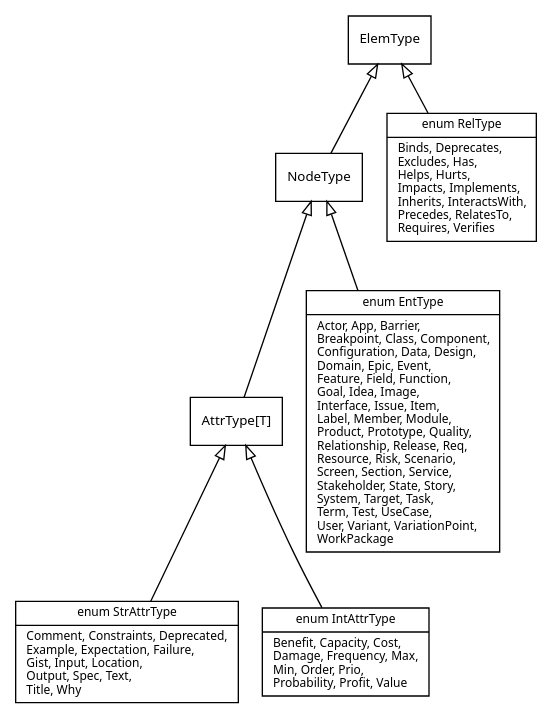
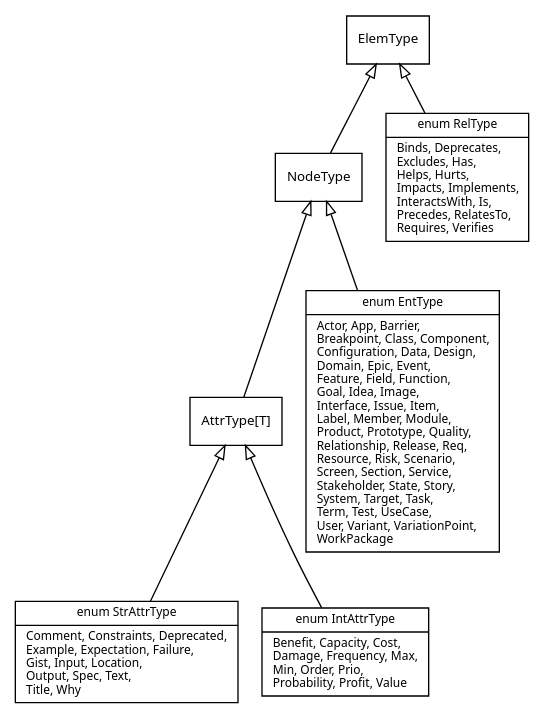
One commit to reqT/reqT-lang changed the diagram in docs/metamodel-ElemType-GENERATED.dot. Above: the diagram before and after it, drawn with Graphviz. The commit also changed 6 other files, not shown here.

```diff
--- a/docs/metamodel-ElemType-GENERATED.dot
+++ b/docs/metamodel-ElemType-GENERATED.dot
@@ -1,36 +1,36 @@
 digraph Metamodel {
   fontname = "Sans"
   fontsize = 10
   rankdir =  "BT"
   ordering = "out"
   nojustify = true
 
   node [
     fontname = "Sans"
     fontsize = 10
     shape = "record"
   ]
 
   edge [
     arrowhead = "empty"
   ]
 
     { rank = same; ElemType; }
 
 
     NodeType [ label = "{NodeType}" fontsize = 10]
     AttrType [ label = "{AttrType[T]}" fontsize = 10]
-    RelType [ label = "{enum RelType|Binds, Deprecates,\lExcludes, Has,\lHelps, Hurts,\lImpacts, Implements,\lInherits, InteractsWith,\lPrecedes, RelatesTo,\lRequires, Verifies\l}" fontsize = 9]
+    RelType [ label = "{enum RelType|Binds, Deprecates,\lExcludes, Has,\lHelps, Hurts,\lImpacts, Implements,\lInteractsWith, Is,\lPrecedes, RelatesTo,\lRequires, Verifies\l}" fontsize = 9]
     EntType [ label = "{enum EntType|Actor, App, Barrier,\lBreakpoint, Class, Component,\lConfiguration, Data, Design,\lDomain, Epic, Event,\lFeature, Field, Function,\lGoal, Idea, Image,\lInterface, Issue, Item,\lLabel, Member, Module,\lProduct, Prototype, Quality,\lRelationship, Release, Req,\lResource, Risk, Scenario,\lScreen, Section, Service,\lStakeholder, State, Story,\lSystem, Target, Task,\lTerm, Test, UseCase,\lUser, Variant, VariationPoint,\lWorkPackage\l}" fontsize = 9]
     StrAttrType [ label = "{enum StrAttrType|Comment, Constraints, Deprecated,\lExample, Expectation, Failure,\lGist, Input, Location,\lOutput, Spec, Text,\lTitle, Why\l}" fontsize = 9]
     IntAttrType [ label = "{enum IntAttrType|Benefit, Capacity, Cost,\lDamage, Frequency, Max,\lMin, Order, Prio,\lProbability, Profit, Value\l}" fontsize = 9]
 
 
     NodeType -> ElemType
     RelType -> ElemType
     EntType -> NodeType
     AttrType -> NodeType
     StrAttrType -> AttrType
     IntAttrType -> AttrType
 
 }
```
